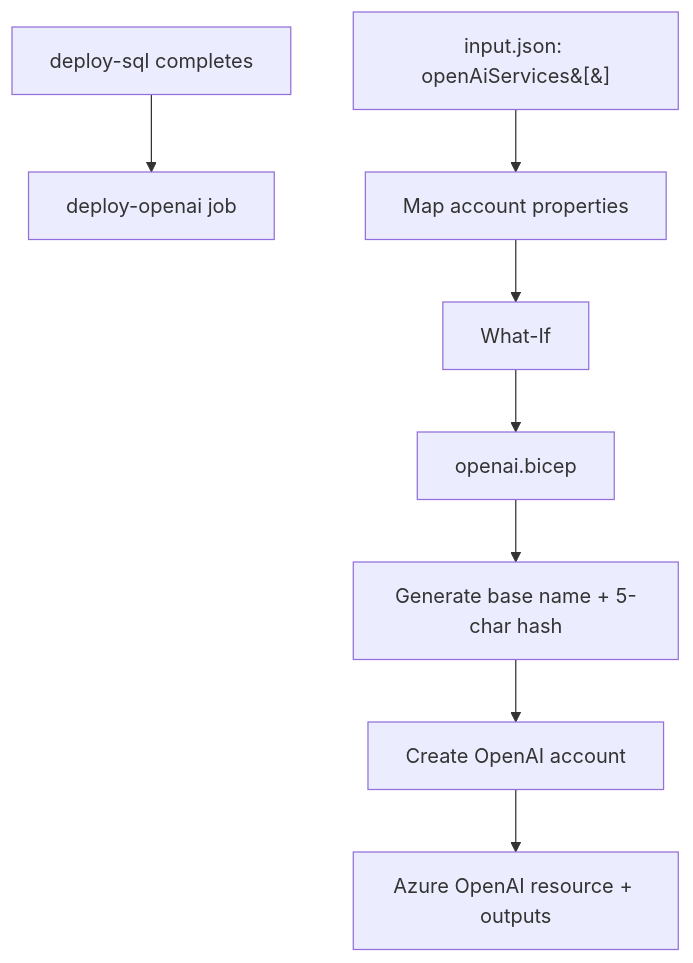
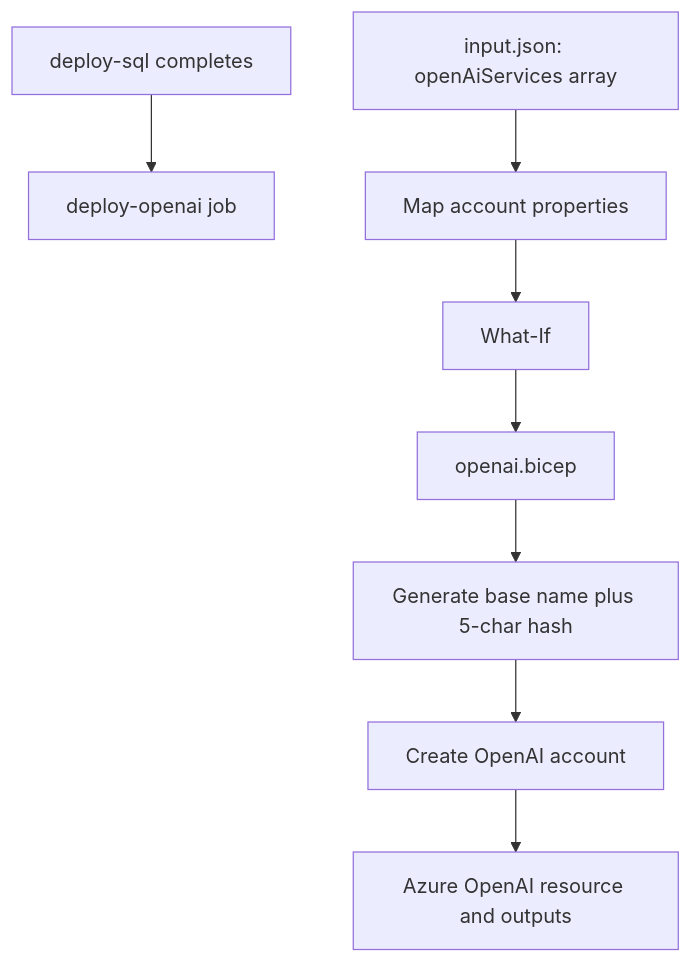
Before and after one commit to PROMETHEUS-N/BIFROST_NEW: the diagram in modules/ai/openai.md, drawn with Mermaid.

Commit message:
docs: make Mermaid node labels GitHub-parser safe

````diff
--- a/modules/ai/openai.md
+++ b/modules/ai/openai.md
@@ -40,10 +40,10 @@
 ```mermaid
 flowchart TD
-  A[deploy-sql completes] --> B[deploy-openai job]
-  C[input.json: openAiServices&#91;&#93;] --> D[Map account properties]
-  D --> E[What-If]
-  E --> F[openai.bicep]
-  F --> G[Generate base name + 5-char hash]
-  G --> H[Create OpenAI account]
-  H --> I[Azure OpenAI resource + outputs]
+ A["deploy-sql completes"] --> B["deploy-openai job"]
+ C["input.json: openAiServices array"] --> D["Map account properties"]
+ D --> E["What-If"]
+ E --> F["openai.bicep"]
+ F --> G["Generate base name plus 5-char hash"]
+ G --> H["Create OpenAI account"]
+ H --> I["Azure OpenAI resource and outputs"]
 ```
````
